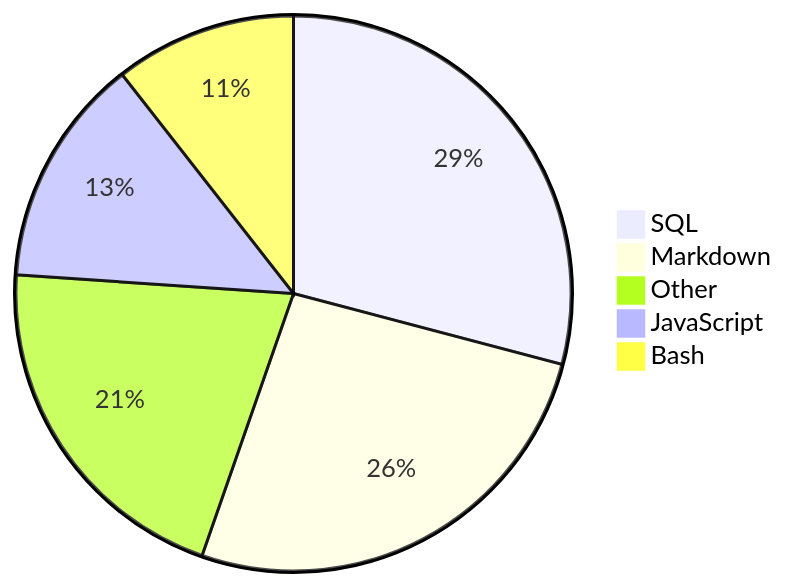
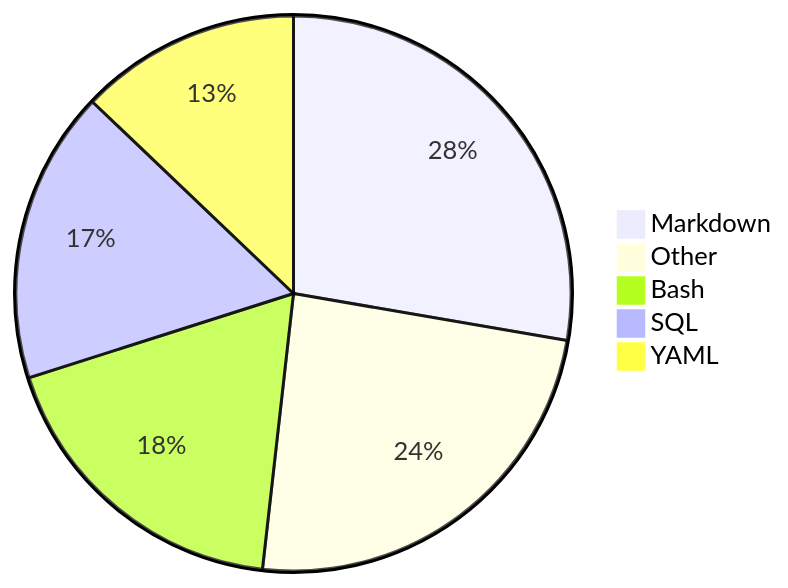
One commit to Alicia111/alicia111 changed the diagram in README.md. Above: the diagram before and after it, drawn with Mermaid.

Commit message:
Update WakaTime stats (・ω・)b

````diff
--- a/README.md
+++ b/README.md
@@ -32,8 +32,8 @@
 ```mermaid
 pie
-    "SQL" : 24.27
-    "Markdown" : 21.87
-    "Other" : 17.28
-    "JavaScript" : 11.14
-    "Bash" : 8.81
+    "Markdown" : 22.98
+    "Other" : 19.96
+    "Bash" : 15.18
+    "SQL" : 14.12
+    "YAML" : 10.68
 ```
````
